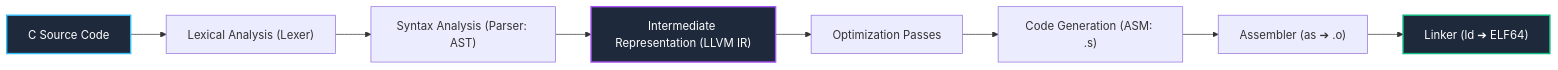
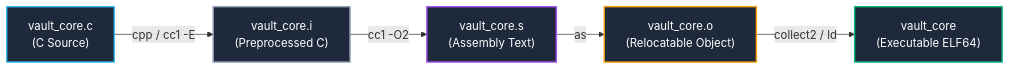
The diagram in docs/en/principles/06-compilation-and-elf.md (auking45/linux-kernel-hardening-lab), drawn with Mermaid before and after one commit. The commit also changed other lines of this file and 44 other files, not shown here.

````diff
--- a/docs/en/principles/06-compilation-and-elf.md
+++ b/docs/en/principles/06-compilation-and-elf.md
@@ -30,14 +30,13 @@
 ```mermaid
 flowchart LR
-    A["C Source Code"] --> B["Lexical Analysis (Lexer)"]
-    B --> C["Syntax Analysis (Parser: AST)"]
-    C --> D["Intermediate Representation (LLVM IR)"]
-    D --> E["Optimization Passes"]
-    E --> F["Code Generation (ASM: .s)"]
-    F --> G["Assembler (as ➔ .o)"]
-    G --> H["Linker (ld ➔ ELF64)"]
+    A["vault_core.c<br/>(C Source)"] -->|cpp / cc1 -E| B["vault_core.i<br/>(Preprocessed C)"]
+    B -->|cc1 -O2| C["vault_core.s<br/>(Assembly Text)"]
+    C -->|as| D["vault_core.o<br/>(Relocatable Object)"]
+    D -->|collect2 / ld| E["vault_core<br/>(Executable ELF64)"]
 
     style A fill:#1e293b,stroke:#38bdf8,stroke-width:2px,color:#fff
-    style D fill:#1e293b,stroke:#a855f7,stroke-width:2px,color:#fff
-    style H fill:#1e293b,stroke:#10b981,stroke-width:2px,color:#fff
+    style B fill:#1e293b,stroke:#94a3b8,stroke-width:2px,color:#fff
+    style C fill:#1e293b,stroke:#a855f7,stroke-width:2px,color:#fff
+    style D fill:#1e293b,stroke:#f59e0b,stroke-width:2px,color:#fff
+    style E fill:#1e293b,stroke:#10b981,stroke-width:2px,color:#fff
 ```
````
